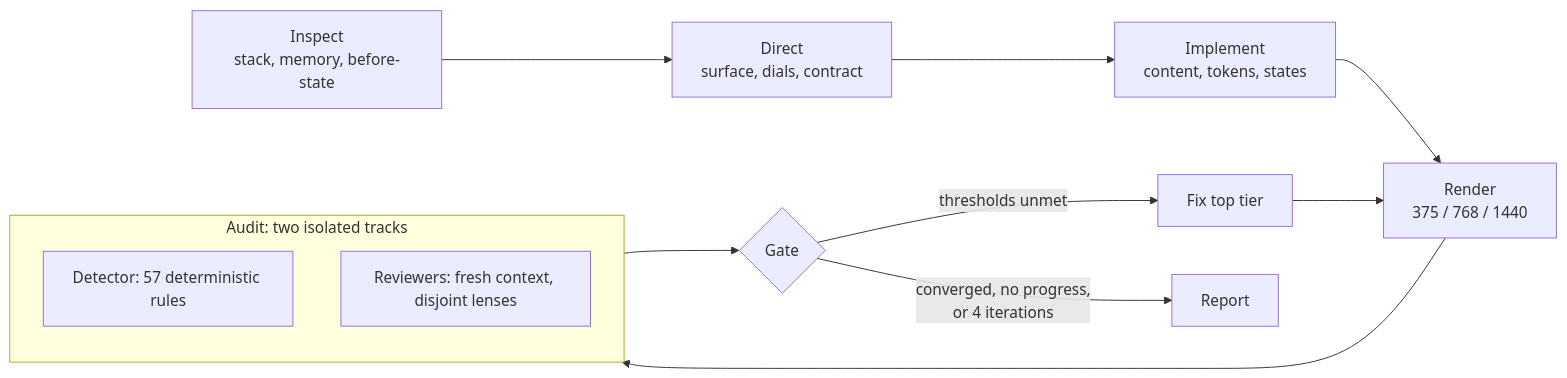
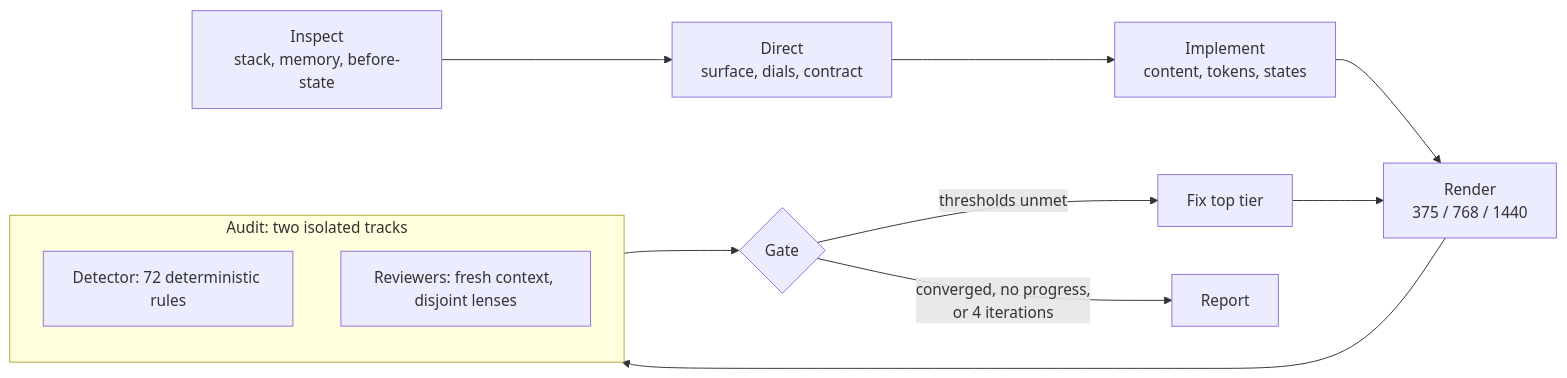
The diagram in README.md (lexsantor/lexia-design), drawn with Mermaid before and after one commit. The commit also changed other lines of this file and 11 other files, not shown here.

````diff
--- a/README.md
+++ b/README.md
@@ -217,17 +217,17 @@
 ```mermaid
 flowchart LR
     A[Inspect<br/>stack, memory, before-state] --> B[Direct<br/>surface, dials, contract]
     B --> C[Implement<br/>content, tokens, states]
     C --> D[Render<br/>375 / 768 / 1440]
     D --> E[Audit]
     E --> F{Gate}
     F -->|thresholds unmet| G[Fix top tier]
     G --> D
     F -->|converged, no progress,<br/>or 4 iterations| H[Report]
 
     subgraph E [Audit: two isolated tracks]
         direction TB
-        E1[Detector: 57 deterministic rules]
+        E1[Detector: 72 deterministic rules]
         E2[Reviewers: fresh context, disjoint lenses]
     end
 ```
````
